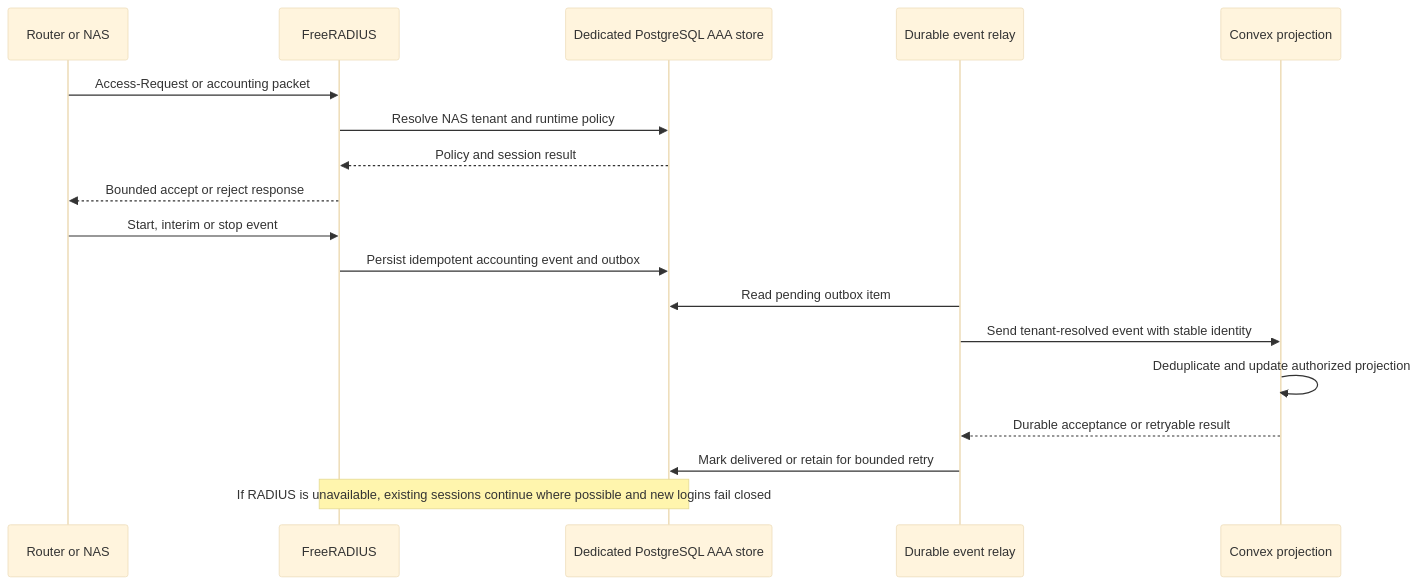
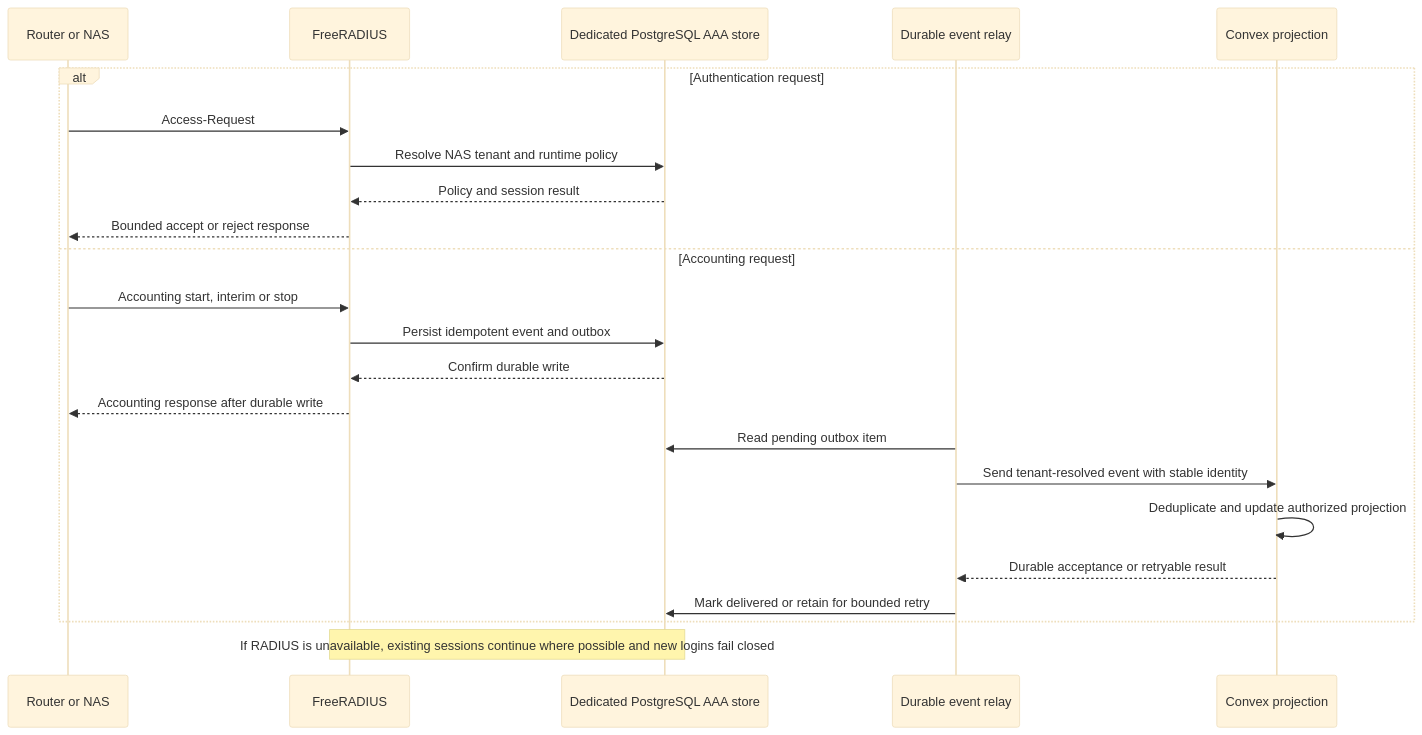
Before and after one commit to mylescorp/mylesnet: the sixth of 11 diagrams in docs/adr/INTERFACE-AND-SEQUENCE-CONTRACTS.md, drawn with Mermaid (base theme). The commit also changed other lines of this file and 3 other files, not shown here.

Commit message:
docs: fix Phase 0 architecture sequence contracts

````diff
--- a/docs/adr/INTERFACE-AND-SEQUENCE-CONTRACTS.md
+++ b/docs/adr/INTERFACE-AND-SEQUENCE-CONTRACTS.md
@@ -185,20 +199,25 @@
 ```mermaid
 sequenceDiagram
   participant NAS as Router or NAS
   participant Radius as FreeRADIUS
   participant AAA as Dedicated PostgreSQL AAA store
   participant Relay as Durable event relay
   participant Convex as Convex projection
-  NAS->>Radius: Access-Request or accounting packet
-  Radius->>AAA: Resolve NAS tenant and runtime policy
-  AAA-->>Radius: Policy and session result
-  Radius-->>NAS: Bounded accept or reject response
-  NAS->>Radius: Start, interim or stop event
-  Radius->>AAA: Persist idempotent accounting event and outbox
-  Relay->>AAA: Read pending outbox item
-  Relay->>Convex: Send tenant-resolved event with stable identity
-  Convex->>Convex: Deduplicate and update authorized projection
-  Convex-->>Relay: Durable acceptance or retryable result
-  Relay->>AAA: Mark delivered or retain for bounded retry
+  alt Authentication request
+    NAS->>Radius: Access-Request
+    Radius->>AAA: Resolve NAS tenant and runtime policy
+    AAA-->>Radius: Policy and session result
+    Radius-->>NAS: Bounded accept or reject response
+  else Accounting request
+    NAS->>Radius: Accounting start, interim or stop
+    Radius->>AAA: Persist idempotent event and outbox
+    AAA-->>Radius: Confirm durable write
+    Radius-->>NAS: Accounting response after durable write
+    Relay->>AAA: Read pending outbox item
+    Relay->>Convex: Send tenant-resolved event with stable identity
+    Convex->>Convex: Deduplicate and update authorized projection
+    Convex-->>Relay: Durable acceptance or retryable result
+    Relay->>AAA: Mark delivered or retain for bounded retry
+  end
   Note over Radius,AAA: If RADIUS is unavailable, existing sessions continue where possible and new logins fail closed
 ```
````
